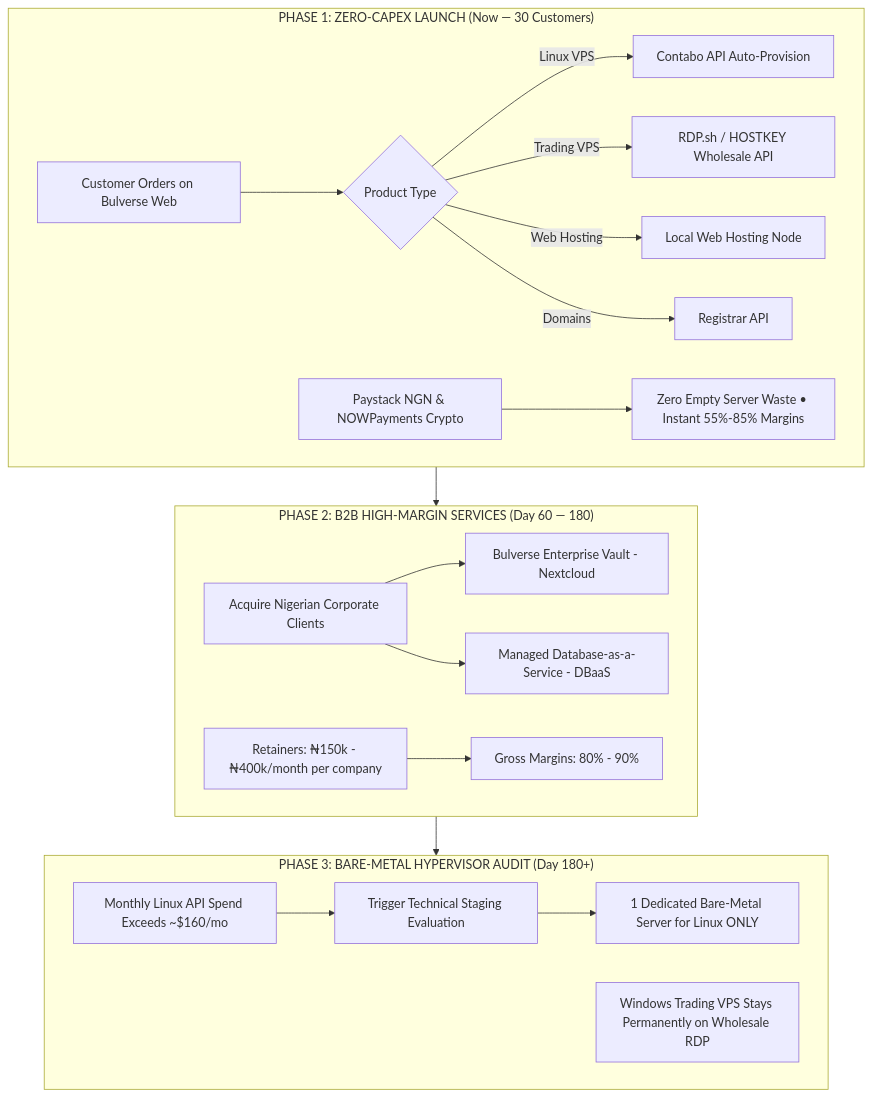
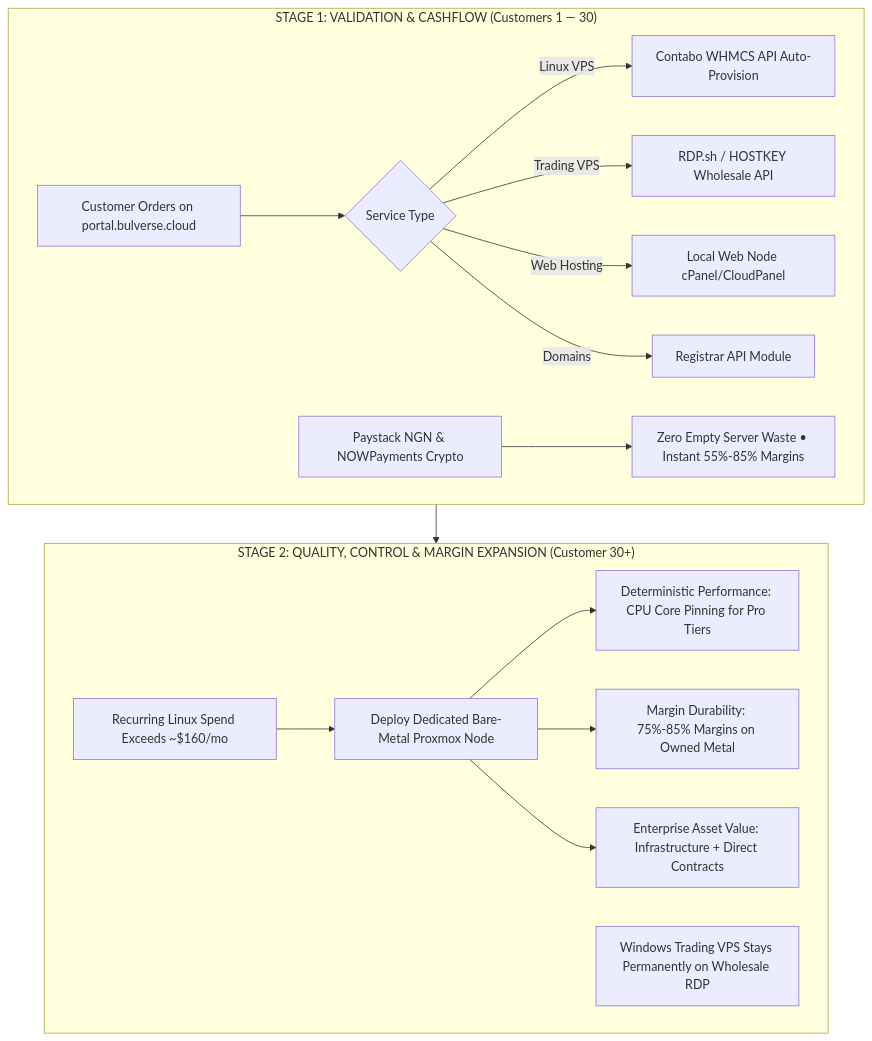
The diagram in docs/infrastructure-strategy-and-roadmap.md (bram-Intel/Bluverse), drawn with Mermaid before and after one commit. The commit also changed other lines of this file, not shown here.

Commit message:
docs(infra): refine strategy brief with clean executive articulation, VDS depth, and Kimi quality insights

````diff
--- a/docs/infrastructure-strategy-and-roadmap.md
+++ b/docs/infrastructure-strategy-and-roadmap.md
@@ -82,25 +80,21 @@
 ```mermaid
 flowchart TD
-    subgraph Phase1["PHASE 1: ZERO-CAPEX LAUNCH (Now — 30 Customers)"]
-        A1[Customer Orders on Bulverse Web] --> B1{Product Type}
-        B1 -->|Linux VPS| C1[Contabo API Auto-Provision]
+    subgraph Stage1["STAGE 1: VALIDATION & CASHFLOW (Customers 1 — 30)"]
+        A1[Customer Orders on portal.bulverse.cloud] --> B1{Service Type}
+        B1 -->|Linux VPS| C1[Contabo WHMCS API Auto-Provision]
         B1 -->|Trading VPS| D1[RDP.sh / HOSTKEY Wholesale API]
-        B1 -->|Web Hosting| E1[Local Web Hosting Node]
-        B1 -->|Domains| F1[Registrar API]
+        B1 -->|Web Hosting| E1[Local Web Node cPanel/CloudPanel]
+        B1 -->|Domains| F1[Registrar API Module]
         G1[Paystack NGN & NOWPayments Crypto] --> H1[Zero Empty Server Waste • Instant 55%-85% Margins]
     end
 
-    subgraph Phase2["PHASE 2: B2B HIGH-MARGIN SERVICES (Day 60 — 180)"]
-        A2[Acquire Nigerian Corporate Clients] --> B2[Bulverse Enterprise Vault - Nextcloud]
-        A2 --> C2[Managed Database-as-a-Service - DBaaS]
-        D2[Retainers: ₦150k - ₦400k/month per company] --> E2[Gross Margins: 80% - 90%]
+    subgraph Stage2["STAGE 2: QUALITY, CONTROL & MARGIN EXPANSION (Customer 30+)"]
+        A2[Recurring Linux Spend Exceeds ~$160/mo] --> B2[Deploy Dedicated Bare-Metal Proxmox Node]
+        B2 --> C2[Deterministic Performance: CPU Core Pinning for Pro Tiers]
+        B2 --> D2[Margin Durability: 75%-85% Margins on Owned Metal]
+        B2 --> E2[Enterprise Asset Value: Infrastructure + Direct Contracts]
+        F2[Windows Trading VPS Stays Permanently on Wholesale RDP]
     end
 
-    subgraph Phase3["PHASE 3: BARE-METAL HYPERVISOR AUDIT (Day 180+)"]
-        A3[Monthly Linux API Spend Exceeds ~$160/mo] --> B3[Trigger Technical Staging Evaluation]
-        B3 --> C3[1 Dedicated Bare-Metal Server for Linux ONLY]
-        D3[Windows Trading VPS Stays Permanently on Wholesale RDP]
-    end
-
-    Phase1 --> Phase2 --> Phase3
+    Stage1 --> Stage2
 ```
````
